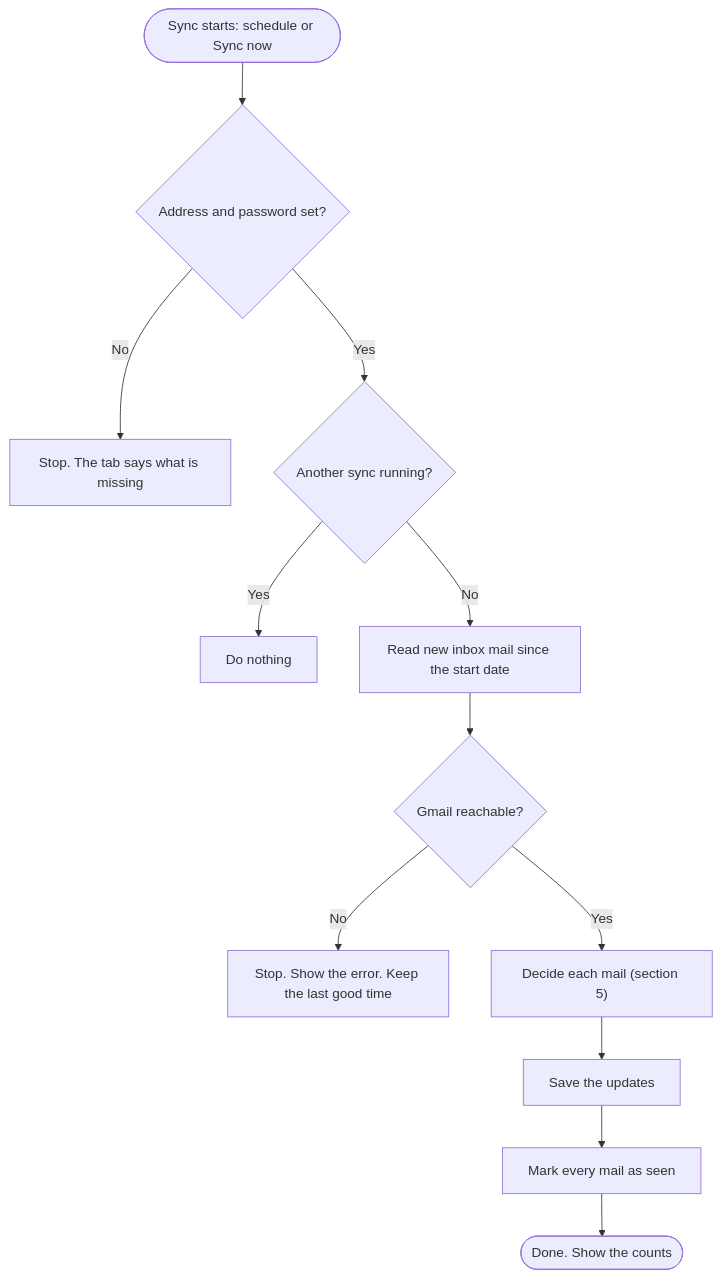
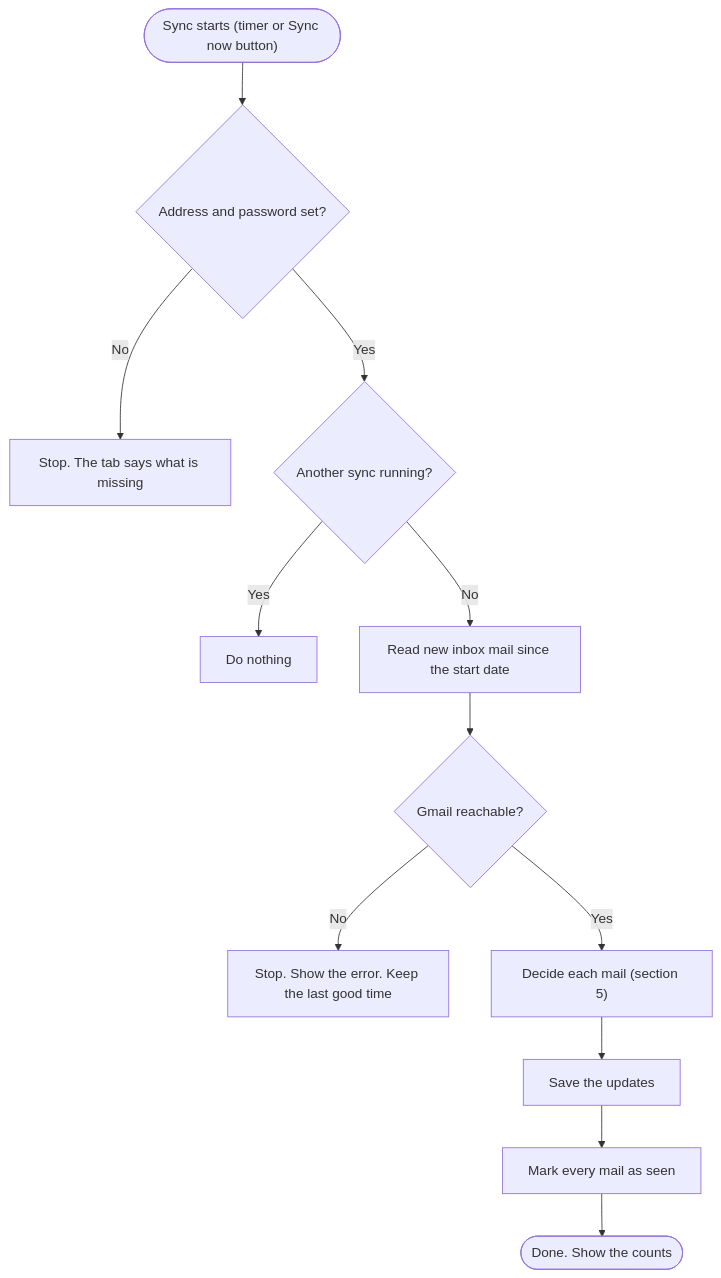
The second of 11 diagrams in docs/EMAIL_SYNC_REQUIREMENTS.md (nikhil-tuli/job-search-tool), drawn with Mermaid before and after one commit. The commit also changed other lines of this file, not shown here.

First line of the commit message:
Email Sync doc: fix the five-checks wording, explain title, stuck, confidence and retry wait

````diff
--- a/docs/EMAIL_SYNC_REQUIREMENTS.md
+++ b/docs/EMAIL_SYNC_REQUIREMENTS.md
@@ -78,14 +78,14 @@
 ```mermaid
 flowchart TD
-    A(["Sync starts: schedule or Sync now"]) --> B{"Address and password set?"}
+    A(["Sync starts (timer or Sync now button)"]) --> B{"Address and password set?"}
     B -- No --> B1["Stop. The tab says what is missing"]
     B -- Yes --> C{"Another sync running?"}
     C -- Yes --> C1["Do nothing"]
     C -- No --> D["Read new inbox mail since the start date"]
     D --> E{"Gmail reachable?"}
     E -- No --> E1["Stop. Show the error. Keep the last good time"]
     E -- Yes --> F["Decide each mail (section 5)"]
     F --> G["Save the updates"]
     G --> H["Mark every mail as seen"]
     H --> I(["Done. Show the counts"])
 ```
````
